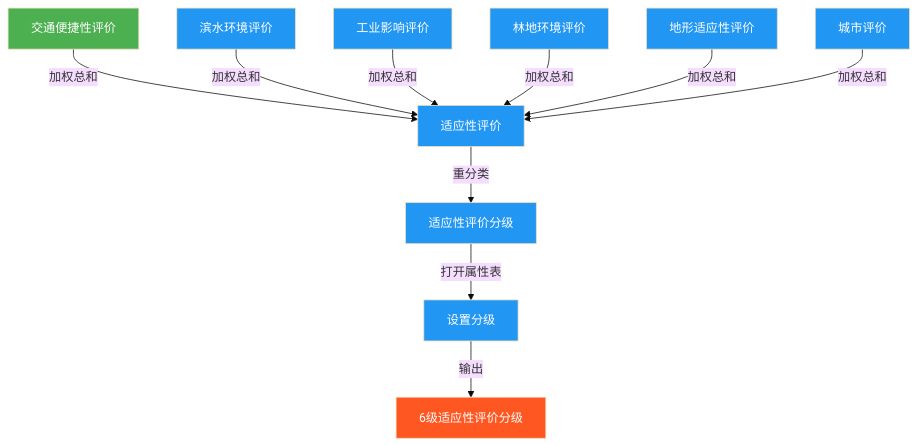
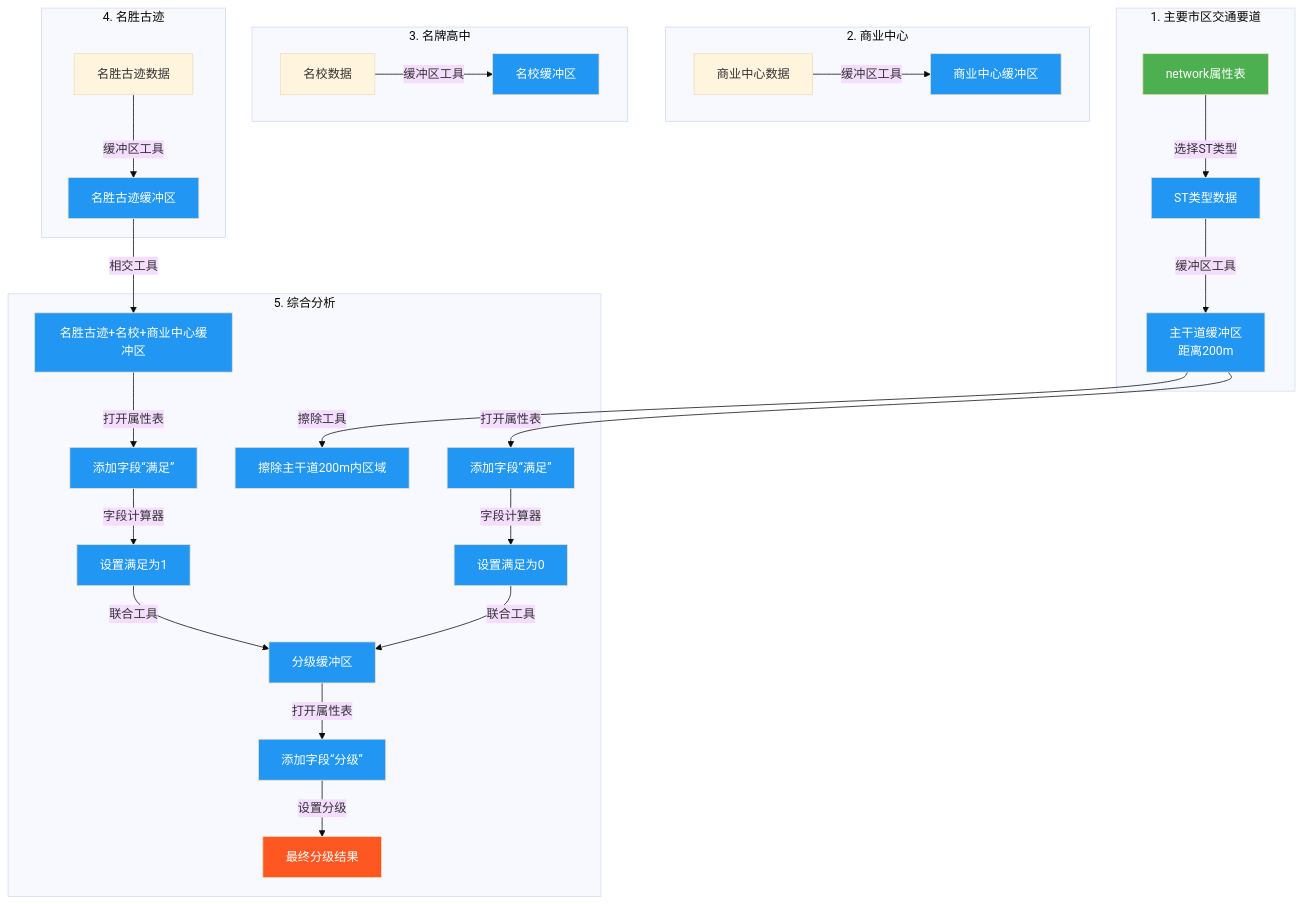
Before and after one commit to newguser/iodraw-files: the diagram in all/未命名.md, drawn with Mermaid (base theme).

Commit message:
2025-02-27 20:07:13 update

````diff
--- a/all/未命名.md
+++ b/all/未命名.md
@@ -1,17 +1,37 @@
 ```mermaid
 graph TD
-    A[交通便捷性评价] -->|加权总和| B[适应性评价]
-    C[滨水环境评价] -->|加权总和| B
-    D[工业影响评价] -->|加权总和| B
-    E[林地环境评价] -->|加权总和| B
-    F[地形适应性评价] -->|加权总和| B
-    G[城市评价] -->|加权总和| B
-    B -->|重分类| H[适应性评价分级]
-    H -->|打开属性表| I[设置分级]
-    I -->|输出| J[6级适应性评价分级]
+    subgraph 1. 主要市区交通要道
+        A1[network属性表] -->|选择ST类型| A2[ST类型数据]
+        A2 -->|缓冲区工具| A3[主干道缓冲区<br>距离200m]
+    end
 
-    style A fill:#4CAF50,color:white
-    style J fill:#FF5722,color:white
+    subgraph 2. 商业中心
+        B1[商业中心数据] -->|缓冲区工具| B2[商业中心缓冲区]
+    end
+
+    subgraph 3. 名牌高中
+        C1[名校数据] -->|缓冲区工具| C2[名校缓冲区]
+    end
+
+    subgraph 4. 名胜古迹
+        D1[名胜古迹数据] -->|缓冲区工具| D2[名胜古迹缓冲区]
+    end
+
+    subgraph 5. 综合分析
+        D2 -->|相交工具| E1[名胜古迹+名校+商业中心缓冲区]
+        A3 -->|擦除工具| E2[擦除主干道200m内区域]
+        E1 -->|打开属性表| E3[添加字段“满足”]
+        E3 -->|字段计算器| E4[设置满足为1]
+        A3 -->|打开属性表| E5[添加字段“满足”]
+        E5 -->|字段计算器| E6[设置满足为0]
+        E4 -->|联合工具| E7[分级缓冲区]
+        E6 -->|联合工具| E7
+        E7 -->|打开属性表| E8[添加字段“分级”]
+        E8 -->|设置分级| E9[最终分级结果]
+    end
+
+    style A1 fill:#4CAF50,color:white
+    style E9 fill:#FF5722,color:white
     classDef process fill:#2196F3,color:white;
-    class B,C,D,E,F,G,H,I process
+    class A2,A3,B2,C2,D2,E1,E2,E3,E4,E5,E6,E7,E8 process
 ```
````
